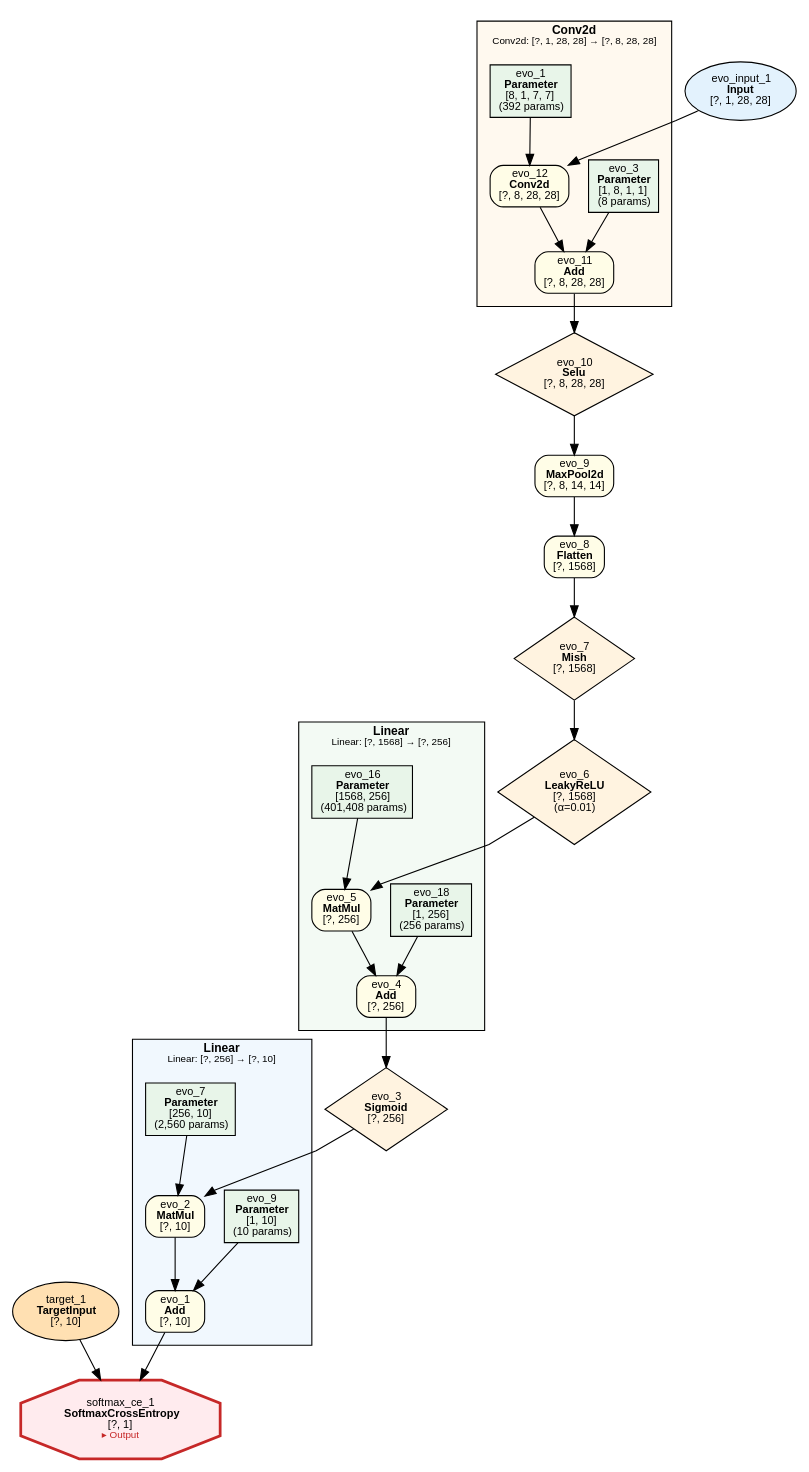
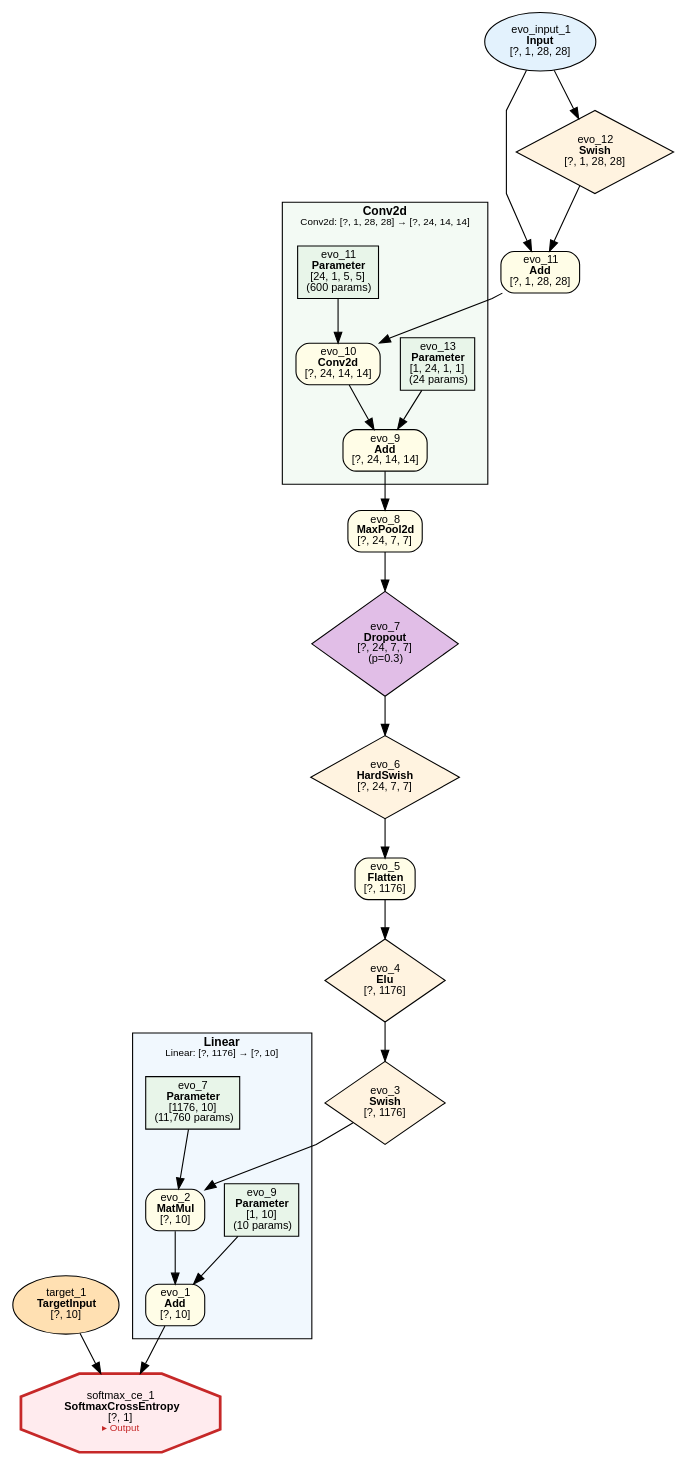
The diagram in examples/evolution/mnist/evolution_mnist.dot (dbsxdbsx/only_torch), drawn with Graphviz before and after one commit. The commit also changed 19 other files, not shown here.

```diff
--- a/examples/evolution/mnist/evolution_mnist.dot
+++ b/examples/evolution/mnist/evolution_mnist.dot
@@ -1,77 +1,65 @@
 digraph ComputeGraph {
     rankdir=TB;
     newrank=true;
     splines=polyline;
     node [fontname="Microsoft YaHei,SimHei,Arial"];
     edge [fontname="Microsoft YaHei,SimHei,Arial"];
 
     subgraph cluster_group_linear_3 {
-        label=<<B>Linear</B><BR/><FONT POINT-SIZE="9">Linear: [?, 256] → [?, 10]</FONT>>;
+        label=<<B>Linear</B><BR/><FONT POINT-SIZE="9">Linear: [?, 1176] → [?, 10]</FONT>>;
         style=filled;
         fillcolor="#E3F2FD80";
         fontname="Microsoft YaHei,SimHei,Arial";
         fontsize=11;
         margin=12;
             "2" [label=<evo_1<BR/><B>Add</B><BR/>[?, 10]> shape=box style="filled,rounded" fillcolor="#FFFDE7" fontsize=10];
             "4" [label=<evo_2<BR/><B>MatMul</B><BR/>[?, 10]> shape=box style="filled,rounded" fillcolor="#FFFDE7" fontsize=10];
             "5" [label=<evo_9<BR/><B>Parameter</B><BR/>[1, 10]<BR/>(10 params)> shape=box style=filled fillcolor="#E8F5E9" fontsize=10];
-            "7" [label=<evo_7<BR/><B>Parameter</B><BR/>[256, 10]<BR/>(2,560 params)> shape=box style=filled fillcolor="#E8F5E9" fontsize=10];
+            "7" [label=<evo_7<BR/><B>Parameter</B><BR/>[1176, 10]<BR/>(11,760 params)> shape=box style=filled fillcolor="#E8F5E9" fontsize=10];
     }
 
-    subgraph cluster_group_linear_4 {
-        label=<<B>Linear</B><BR/><FONT POINT-SIZE="9">Linear: [?, 1568] → [?, 256]</FONT>>;
+    subgraph cluster_group_conv2d_4 {
+        label=<<B>Conv2d</B><BR/><FONT POINT-SIZE="9">Conv2d: [?, 1, 28, 28] → [?, 24, 14, 14]</FONT>>;
         style=filled;
         fillcolor="#E8F5E980";
         fontname="Microsoft YaHei,SimHei,Arial";
         fontsize=11;
         margin=12;
-            "8" [label=<evo_4<BR/><B>Add</B><BR/>[?, 256]> shape=box style="filled,rounded" fillcolor="#FFFDE7" fontsize=10];
-            "9" [label=<evo_5<BR/><B>MatMul</B><BR/>[?, 256]> shape=box style="filled,rounded" fillcolor="#FFFDE7" fontsize=10];
-            "10" [label=<evo_18<BR/><B>Parameter</B><BR/>[1, 256]<BR/>(256 params)> shape=box style=filled fillcolor="#E8F5E9" fontsize=10];
-            "12" [label=<evo_16<BR/><B>Parameter</B><BR/>[1568, 256]<BR/>(401,408 params)> shape=box style=filled fillcolor="#E8F5E9" fontsize=10];
-    }
-
-    subgraph cluster_group_conv2d_0 {
-        label=<<B>Conv2d</B><BR/><FONT POINT-SIZE="9">Conv2d: [?, 1, 28, 28] → [?, 8, 28, 28]</FONT>>;
-        style=filled;
-        fillcolor="#FFF3E080";
-        fontname="Microsoft YaHei,SimHei,Arial";
-        fontsize=11;
-        margin=12;
-            "17" [label=<evo_11<BR/><B>Add</B><BR/>[?, 8, 28, 28]> shape=box style="filled,rounded" fillcolor="#FFFDE7" fontsize=10];
-            "18" [label=<evo_12<BR/><B>Conv2d</B><BR/>[?, 8, 28, 28]> shape=box style="filled,rounded" fillcolor="#FFFDE7" fontsize=10];
-            "19" [label=<evo_3<BR/><B>Parameter</B><BR/>[1, 8, 1, 1]<BR/>(8 params)> shape=box style=filled fillcolor="#E8F5E9" fontsize=10];
-            "21" [label=<evo_1<BR/><B>Parameter</B><BR/>[8, 1, 7, 7]<BR/>(392 params)> shape=box style=filled fillcolor="#E8F5E9" fontsize=10];
+            "13" [label=<evo_9<BR/><B>Add</B><BR/>[?, 24, 14, 14]> shape=box style="filled,rounded" fillcolor="#FFFDE7" fontsize=10];
+            "14" [label=<evo_10<BR/><B>Conv2d</B><BR/>[?, 24, 14, 14]> shape=box style="filled,rounded" fillcolor="#FFFDE7" fontsize=10];
+            "15" [label=<evo_13<BR/><B>Parameter</B><BR/>[1, 24, 1, 1]<BR/>(24 params)> shape=box style=filled fillcolor="#E8F5E9" fontsize=10];
+            "17" [label=<evo_11<BR/><B>Parameter</B><BR/>[24, 1, 5, 5]<BR/>(600 params)> shape=box style=filled fillcolor="#E8F5E9" fontsize=10];
     }
 
     "1" [label=<softmax_ce_1<BR/><B>SoftmaxCrossEntropy</B><BR/>[?, 1]<BR/><FONT COLOR="#C62828" POINT-SIZE="9">▸ Output</FONT>> shape=octagon style=filled fillcolor="#FFEBEE" fontsize=10 penwidth=2.5 color="#C62828"];
     "3" [label=<target_1<BR/><B>TargetInput</B><BR/>[?, 10]> shape=ellipse style=filled fillcolor="#FFE0B2" fontsize=10];
-    "6" [label=<evo_3<BR/><B>Sigmoid</B><BR/>[?, 256]> shape=diamond style=filled fillcolor="#FFF3E0" fontsize=10];
-    "11" [label=<evo_6<BR/><B>LeakyReLU</B><BR/>[?, 1568]<BR/>(α=0.01)> shape=diamond style=filled fillcolor="#FFF3E0" fontsize=10];
-    "13" [label=<evo_7<BR/><B>Mish</B><BR/>[?, 1568]> shape=diamond style=filled fillcolor="#FFF3E0" fontsize=10];
-    "14" [label=<evo_8<BR/><B>Flatten</B><BR/>[?, 1568]> shape=box style="filled,rounded" fillcolor="#FFFDE7" fontsize=10];
-    "15" [label=<evo_9<BR/><B>MaxPool2d</B><BR/>[?, 8, 14, 14]> shape=box style="filled,rounded" fillcolor="#FFFDE7" fontsize=10];
-    "16" [label=<evo_10<BR/><B>Selu</B><BR/>[?, 8, 28, 28]> shape=diamond style=filled fillcolor="#FFF3E0" fontsize=10];
-    "20" [label=<evo_input_1<BR/><B>Input</B><BR/>[?, 1, 28, 28]> shape=ellipse style=filled fillcolor="#E3F2FD" fontsize=10];
+    "6" [label=<evo_3<BR/><B>Swish</B><BR/>[?, 1176]> shape=diamond style=filled fillcolor="#FFF3E0" fontsize=10];
+    "8" [label=<evo_4<BR/><B>Elu</B><BR/>[?, 1176]> shape=diamond style=filled fillcolor="#FFF3E0" fontsize=10];
+    "9" [label=<evo_5<BR/><B>Flatten</B><BR/>[?, 1176]> shape=box style="filled,rounded" fillcolor="#FFFDE7" fontsize=10];
+    "10" [label=<evo_6<BR/><B>HardSwish</B><BR/>[?, 24, 7, 7]> shape=diamond style=filled fillcolor="#FFF3E0" fontsize=10];
+    "11" [label=<evo_7<BR/><B>Dropout</B><BR/>[?, 24, 7, 7]<BR/>(p=0.3)> shape=diamond style=filled fillcolor="#E1BEE7" fontsize=10];
+    "12" [label=<evo_8<BR/><B>MaxPool2d</B><BR/>[?, 24, 7, 7]> shape=box style="filled,rounded" fillcolor="#FFFDE7" fontsize=10];
+    "16" [label=<evo_11<BR/><B>Add</B><BR/>[?, 1, 28, 28]> shape=box style="filled,rounded" fillcolor="#FFFDE7" fontsize=10];
+    "18" [label=<evo_12<BR/><B>Swish</B><BR/>[?, 1, 28, 28]> shape=diamond style=filled fillcolor="#FFF3E0" fontsize=10];
+    "19" [label=<evo_input_1<BR/><B>Input</B><BR/>[?, 1, 28, 28]> shape=ellipse style=filled fillcolor="#E3F2FD" fontsize=10];
 
     "2" -> "1";
     "3" -> "1";
     "4" -> "2";
     "5" -> "2";
     "6" -> "4";
     "7" -> "4";
     "8" -> "6";
     "9" -> "8";
-    "10" -> "8";
-    "11" -> "9";
-    "12" -> "9";
-    "13" -> "11";
+    "10" -> "9";
+    "11" -> "10";
+    "12" -> "11";
+    "13" -> "12";
     "14" -> "13";
-    "15" -> "14";
-    "16" -> "15";
-    "17" -> "16";
-    "18" -> "17";
-    "19" -> "17";
-    "20" -> "18";
-    "21" -> "18";
+    "15" -> "13";
+    "16" -> "14";
+    "17" -> "14";
+    "18" -> "16";
+    "19" -> "16";
+    "19" -> "18";
 }
```
